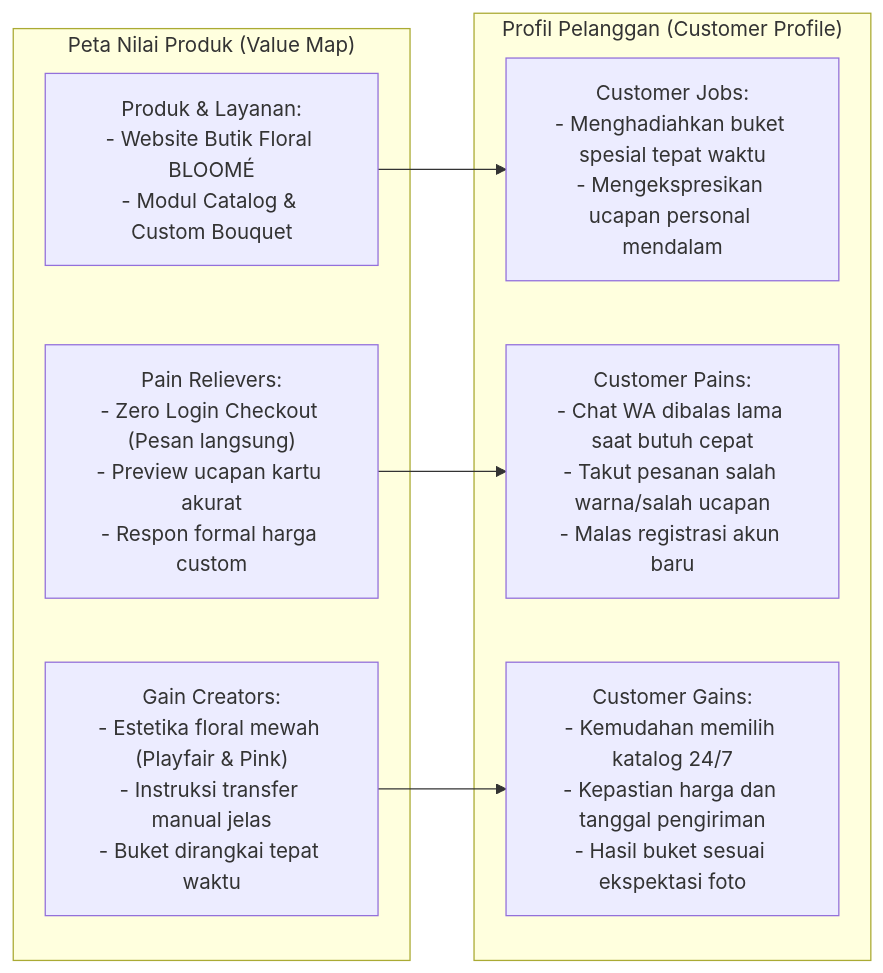
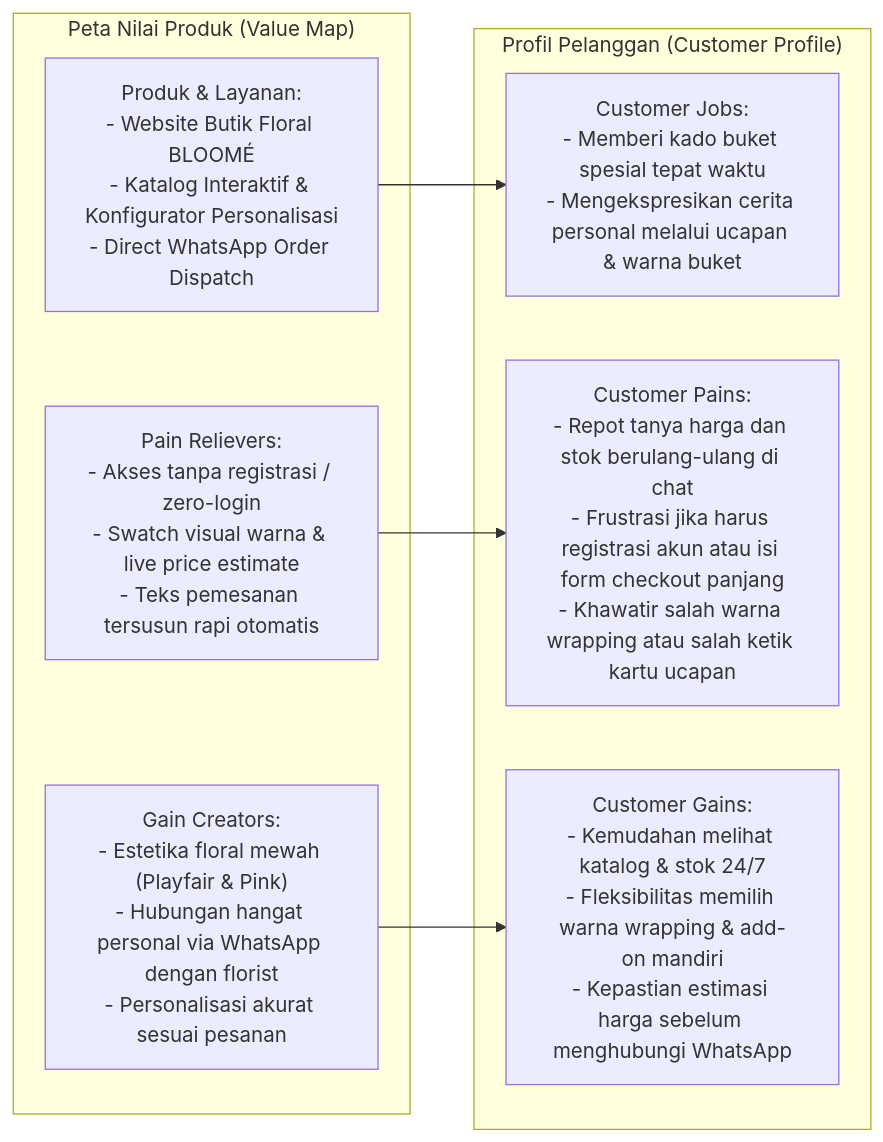
Before and after one commit to Elfend11/buketbunga: the diagram in docs/02-requirements/DOC-012-product-vision-review.md, drawn with Mermaid. The commit also changed other lines of this file and 89 other files, not shown here.

````diff
--- a/docs/02-requirements/DOC-012-product-vision-review.md
+++ b/docs/02-requirements/DOC-012-product-vision-review.md
@@ -49,18 +51,18 @@
 ```mermaid
 graph LR
     subgraph Pelanggan_Samarinda ["Profil Pelanggan (Customer Profile)"]
-        CJ["Customer Jobs:<br>- Menghadiahkan buket spesial tepat waktu<br>- Mengekspresikan ucapan personal mendalam"]
-        CP["Customer Pains:<br>- Chat WA dibalas lama saat butuh cepat<br>- Takut pesanan salah warna/salah ucapan<br>- Malas registrasi akun baru"]
-        CG["Customer Gains:<br>- Kemudahan memilih katalog 24/7<br>- Kepastian harga dan tanggal pengiriman<br>- Hasil buket sesuai ekspektasi foto"]
+        CJ["Customer Jobs:<br>- Memberi kado buket spesial tepat waktu<br>- Mengekspresikan cerita personal melalui ucapan & warna buket"]
+        CP["Customer Pains:<br>- Repot tanya harga dan stok berulang-ulang di chat<br>- Frustrasi jika harus registrasi akun atau isi form checkout panjang<br>- Khawatir salah warna wrapping atau salah ketik kartu ucapan"]
+        CG["Customer Gains:<br>- Kemudahan melihat katalog & stok 24/7<br>- Fleksibilitas memilih warna wrapping & add-on mandiri<br>- Kepastian estimasi harga sebelum menghubungi WhatsApp"]
     end
 
     subgraph Solusi_Bloome ["Peta Nilai Produk (Value Map)"]
-        PS["Produk & Layanan:<br>- Website Butik Floral BLOOMÉ<br>- Modul Catalog & Custom Bouquet"]
-        PR["Pain Relievers:<br>- Zero Login Checkout (Pesan langsung)<br>- Preview ucapan kartu akurat<br>- Respon formal harga custom"]
-        GC["Gain Creators:<br>- Estetika floral mewah (Playfair & Pink)<br>- Instruksi transfer manual jelas<br>- Buket dirangkai tepat waktu"]
+        PS["Produk & Layanan:<br>- Website Butik Floral BLOOMÉ<br>- Katalog Interaktif & Konfigurator Personalisasi<br>- Direct WhatsApp Order Dispatch"]
+        PR["Pain Relievers:<br>- Akses tanpa registrasi / zero-login<br>- Swatch visual warna & live price estimate<br>- Teks pemesanan tersusun rapi otomatis"]
+        GC["Gain Creators:<br>- Estetika floral mewah (Playfair & Pink)<br>- Hubungan hangat personal via WhatsApp dengan florist<br>- Personalisasi akurat sesuai pesanan"]
     end
 
     PS --> CJ
     PR --> CP
     GC --> CG
 ```
````
